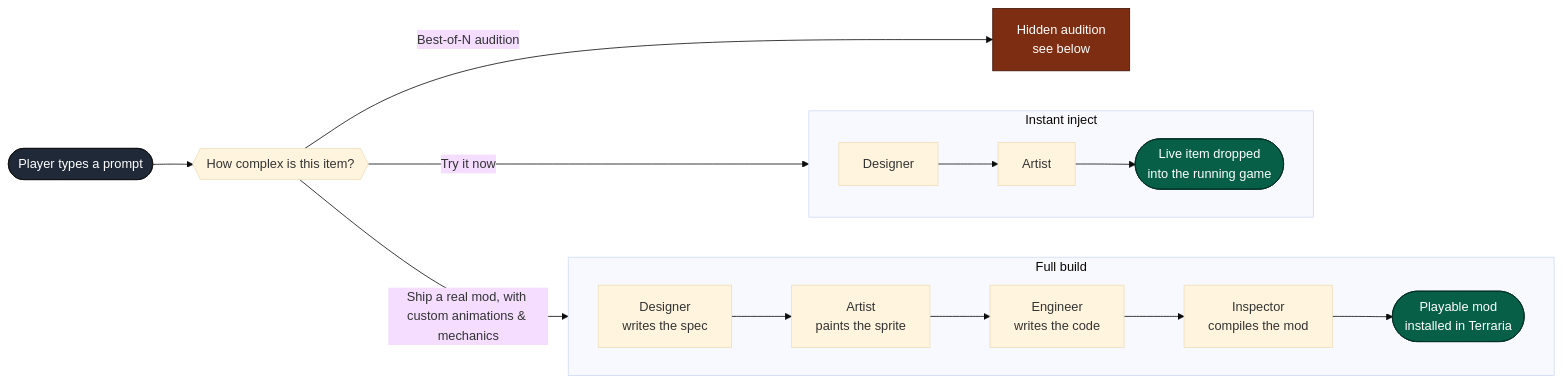
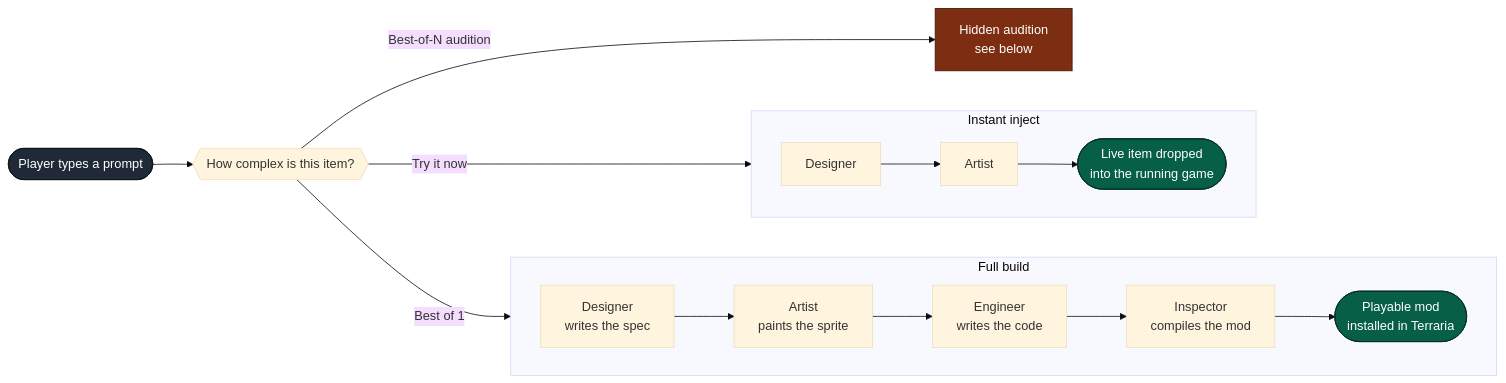
One commit to Mikop22/the-forge changed the second of 5 diagrams in README.md. Above: the diagram before and after it, drawn with Mermaid (base theme).

````diff
--- a/README.md
+++ b/README.md
@@ -44,29 +44,29 @@
 ```mermaid
 flowchart LR
     USER([Player types a prompt])
 
     USER --> ROUTER{{How complex is this item?}}
 
     subgraph Full["Full build"]
         direction LR
         F1[Designer<br/>writes the spec] --> F2[Artist<br/>paints the sprite]
         F2 --> F3[Engineer<br/>writes the code]
         F3 --> F4[Inspector<br/>compiles the mod]
         F4 --> F5([Playable mod<br/>installed in Terraria])
     end
 
     subgraph Instant["Instant inject"]
         direction LR
         I1[Designer] --> I2[Artist]
         I2 --> I3([Live item dropped<br/>into the running game])
     end
 
-    ROUTER -->|Ship a real mod, with custom animations & mechanics| F1
+    ROUTER -->|Best of 1| F1
     ROUTER -->|Try it now| I1
     ROUTER -->|Best-of-N audition| AUD[Hidden audition<br/>see below]
 
     style USER fill:#1f2937,color:#fff,stroke:#111
     style F5 fill:#065f46,color:#fff,stroke:#022c22
     style I3 fill:#065f46,color:#fff,stroke:#022c22
     style AUD fill:#7c2d12,color:#fff,stroke:#431407
 ```
````
